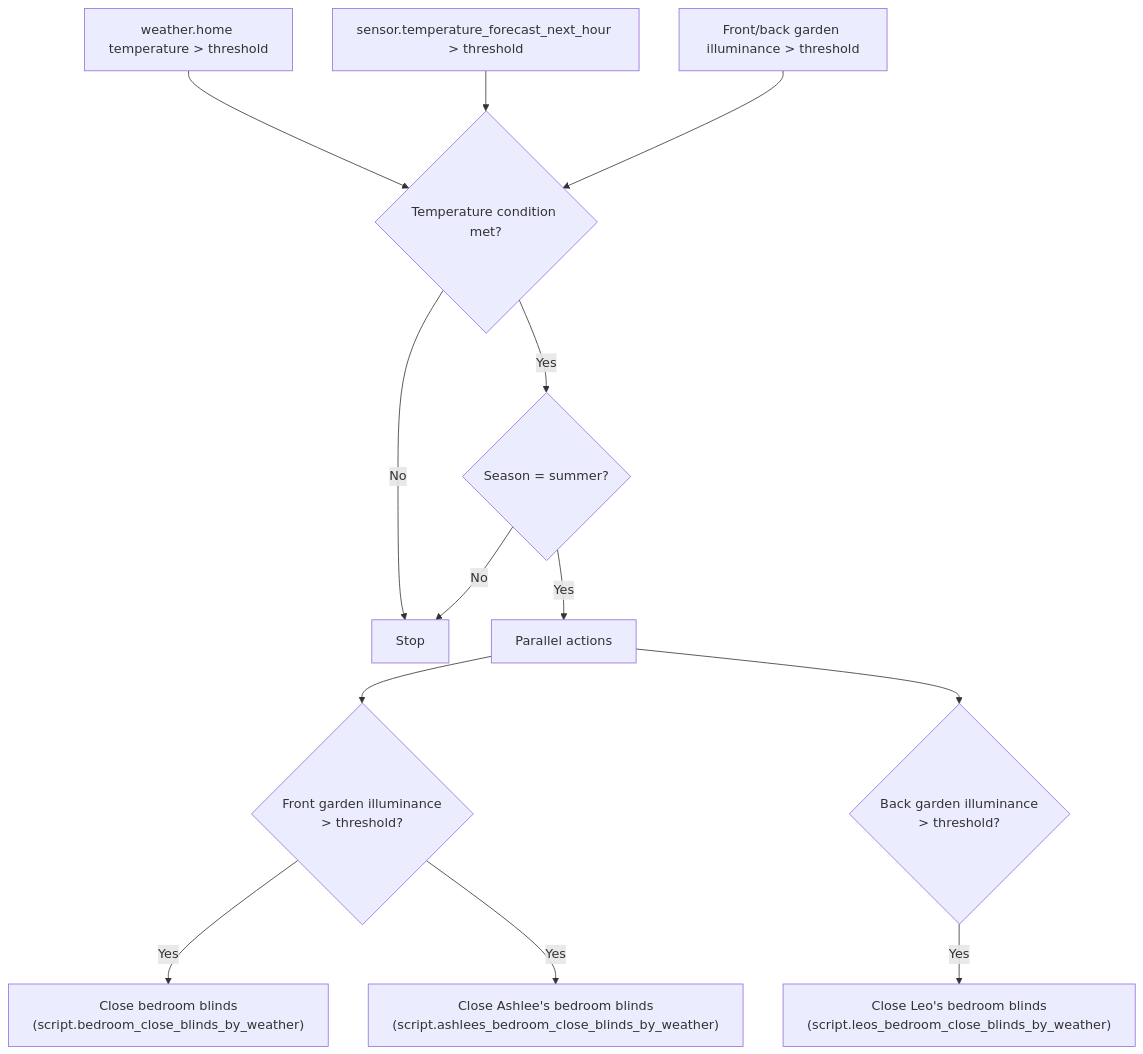
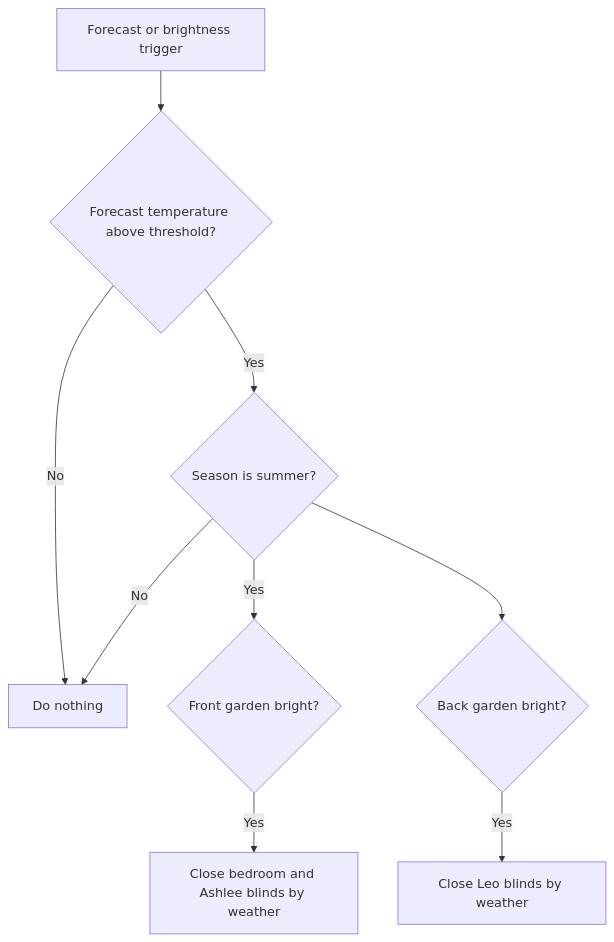
One commit to dannytsang/homeassistant-config changed the second of 2 diagrams in packages/integrations/weather/README.md. Above: the diagram before and after it, drawn with Mermaid. The commit also changed other lines of this file and 60 other files, not shown here.

````diff
--- a/packages/integrations/weather/README.md
+++ b/packages/integrations/weather/README.md
@@ -53,19 +59,11 @@
 ```mermaid
 flowchart TD
-    T1["weather.home temperature > threshold"] --> C1
-    T2["sensor.temperature_forecast_next_hour > threshold"] --> C1
-    T3["Front/back garden illuminance > threshold"] --> C1
-
-    C1{"Temperature condition met?"}
-    C1 -->|No| STOP["Stop"]
-    C1 -->|Yes| C2{"Season = summer?"}
-    C2 -->|No| STOP
-    C2 -->|Yes| P["Parallel actions"]
-
-    P --> F1{"Front garden illuminance\n> threshold?"}
-    F1 -->|Yes| B1["Close bedroom blinds\n(script.bedroom_close_blinds_by_weather)"]
-    F1 -->|Yes| B2["Close Ashlee's bedroom blinds\n(script.ashlees_bedroom_close_blinds_by_weather)"]
-
-    P --> F2{"Back garden illuminance\n> threshold?"}
-    F2 -->|Yes| B3["Close Leo's bedroom blinds\n(script.leos_bedroom_close_blinds_by_weather)"]
+    Trigger[Forecast or brightness trigger] --> Temp{Forecast temperature above threshold?}
+    Temp -->|No| Stop[Do nothing]
+    Temp -->|Yes| Summer{Season is summer?}
+    Summer -->|No| Stop
+    Summer -->|Yes| Front{Front garden bright?}
+    Summer --> Back{Back garden bright?}
+    Front -->|Yes| Bedroom[Close bedroom and Ashlee blinds by weather]
+    Back -->|Yes| Leo[Close Leo blinds by weather]
 ```
````
